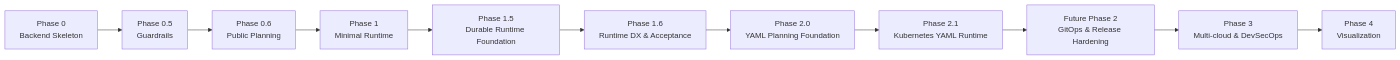
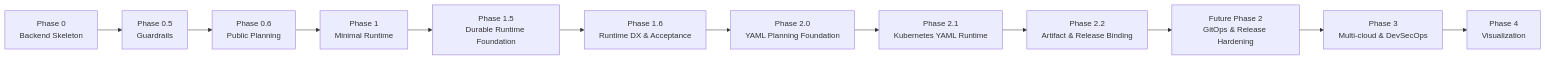
One commit to sevoniva/Nivora changed the tenth of 11 diagrams in README.md. Above: the diagram before and after it, drawn with Mermaid. The commit also changed other lines of this file and 42 other files, not shown here.

Commit message:
feat: add artifact and release binding foundation

````diff
--- a/README.md
+++ b/README.md
@@ -908,16 +909,17 @@
 ```mermaid
 flowchart LR
     P0["Phase 0<br/>Backend Skeleton"]
     P05["Phase 0.5<br/>Guardrails"]
     P06["Phase 0.6<br/>Public Planning"]
     P1["Phase 1<br/>Minimal Runtime"]
     P15["Phase 1.5<br/>Durable Runtime Foundation"]
     P16["Phase 1.6<br/>Runtime DX & Acceptance"]
     P2["Phase 2.0<br/>YAML Planning Foundation"]
     P21["Phase 2.1<br/>Kubernetes YAML Runtime"]
-    P22["Future Phase 2<br/>GitOps & Release Hardening"]
+    P22["Phase 2.2<br/>Artifact & Release Binding"]
+    P23["Future Phase 2<br/>GitOps & Release Hardening"]
     P3["Phase 3<br/>Multi-cloud & DevSecOps"]
     P4["Phase 4<br/>Visualization"]
 
-    P0 --> P05 --> P06 --> P1 --> P15 --> P16 --> P2 --> P21 --> P22 --> P3 --> P4
+    P0 --> P05 --> P06 --> P1 --> P15 --> P16 --> P2 --> P21 --> P22 --> P23 --> P3 --> P4
 ```
````
